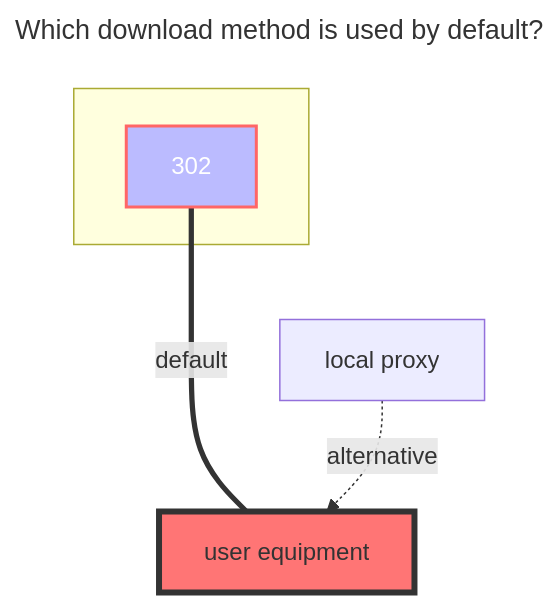
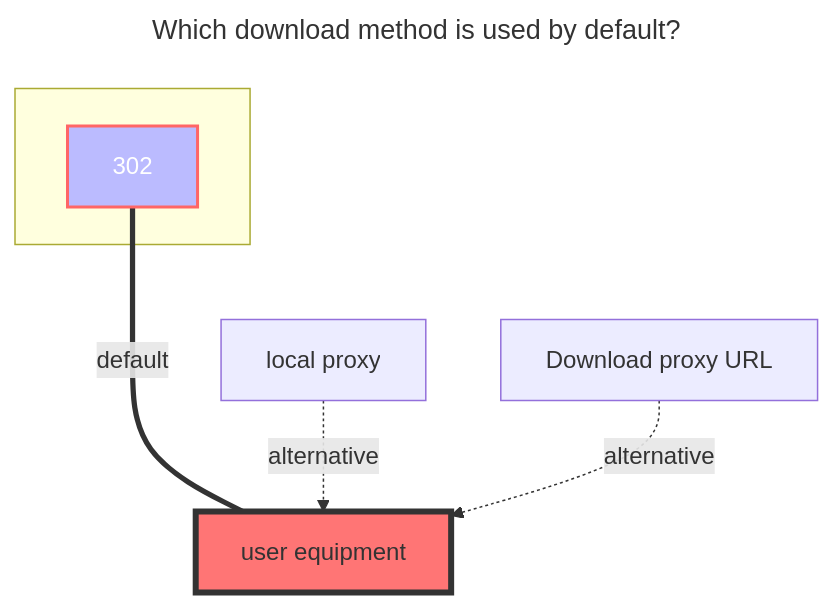
The diagram in docs/guide/drivers/github_releases.md (zyp91281115/docs), drawn with Mermaid before and after one commit. The commit also changed other lines of this file and 52 other files, not shown here.

````diff
--- a/docs/guide/drivers/github_releases.md
+++ b/docs/guide/drivers/github_releases.md
@@ -115,16 +159,18 @@
 ```mermaid
 ---
 title: Which download method is used by default?
 ---
 flowchart TB
     style a1 fill:#bbf,stroke:#f66,stroke-width:2px,color:#fff
     style a2 fill:#ff7575,stroke:#333,stroke-width:4px
     subgraph ide1 [ ]
     a1
     end
     a1[302]:::someclass====|default|a2[user equipment]
     classDef someclass fill:#f96
     c1[local proxy]-.alternative.->a2[user equipment]
+    b1[Download proxy URL]-.alternative.->a2[user equipment]
     click a1 "../drivers/common.html#webdav-policy"
     click b1 "../drivers/common.html#webdav-policy"
+    click c1 "../drivers/common.html#webdav-policy"
 ```
````
